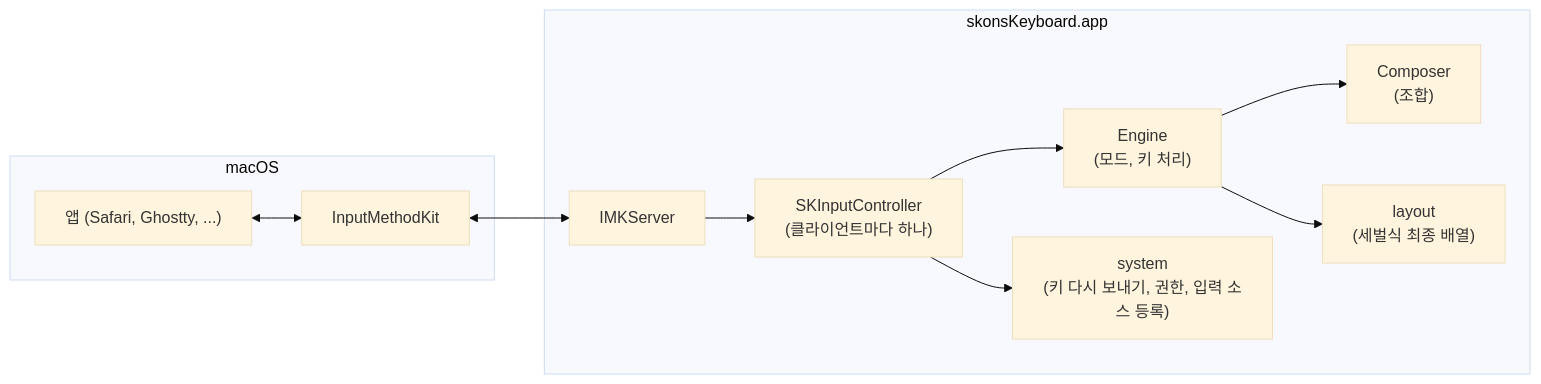
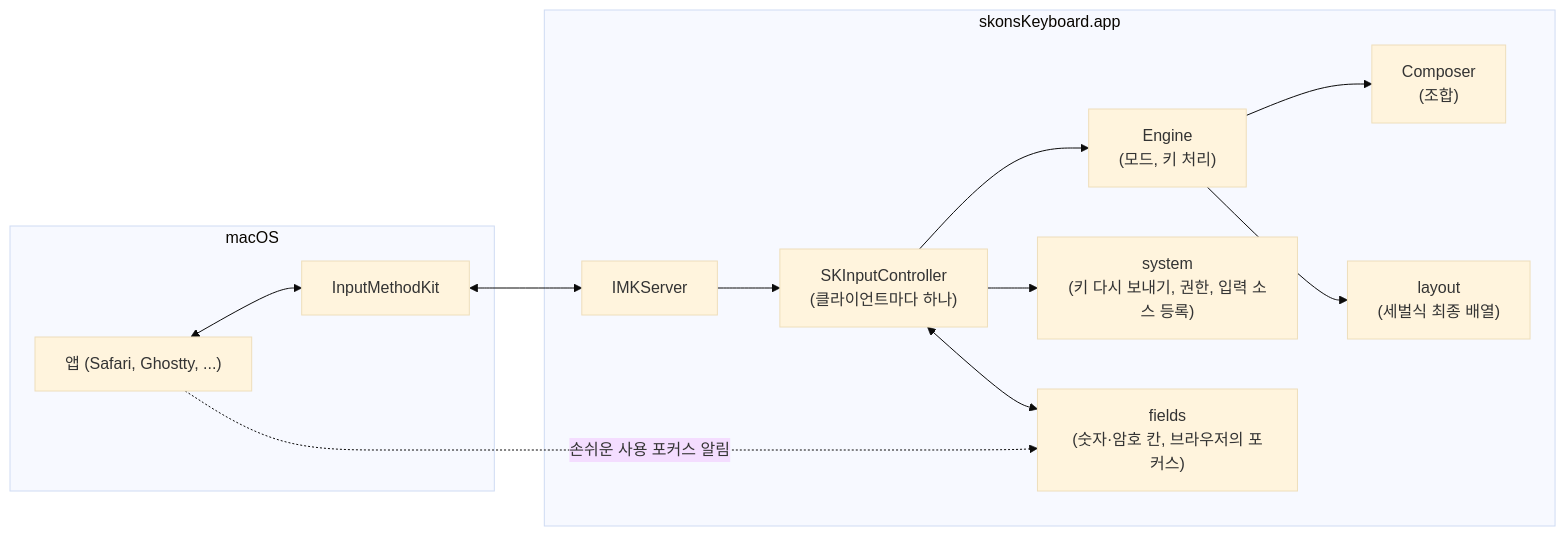
The first of 7 diagrams in doc/ARCHITECTURE.md (skonmeme/skons_keyboard), drawn with Mermaid (base theme) before and after one commit. The commit also changed other lines of this file and 11 other files, not shown here.

````diff
--- a/doc/ARCHITECTURE.md
+++ b/doc/ARCHITECTURE.md
@@ -7,22 +7,25 @@
 ```mermaid
 flowchart LR
     subgraph macOS
         A["앱 (Safari, Ghostty, ...)"]
         K["InputMethodKit"]
     end
     subgraph app["skonsKeyboard.app"]
         S["IMKServer"]
         C["SKInputController<br/>(클라이언트마다 하나)"]
         E["Engine<br/>(모드, 키 처리)"]
         P["Composer<br/>(조합)"]
         L["layout<br/>(세벌식 최종 배열)"]
         Y["system<br/>(키 다시 보내기, 권한, 입력 소스 등록)"]
+        F["fields<br/>(숫자·암호 칸, 브라우저의 포커스)"]
     end
     A <--> K
     K <--> S
     S --> C
     C --> E
     E --> P
     E --> L
     C --> Y
+    C <--> F
+    A -. "손쉬운 사용 포커스 알림" .-> F
 ```
````
